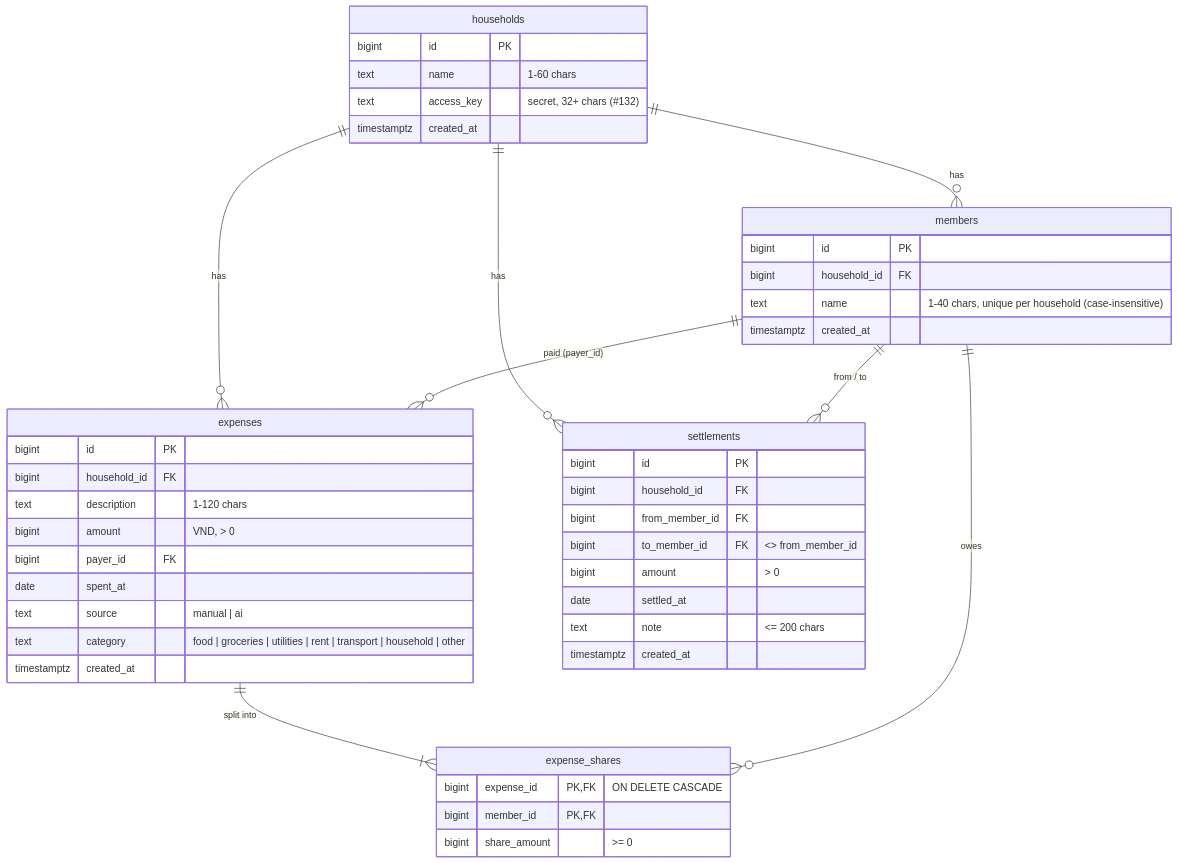
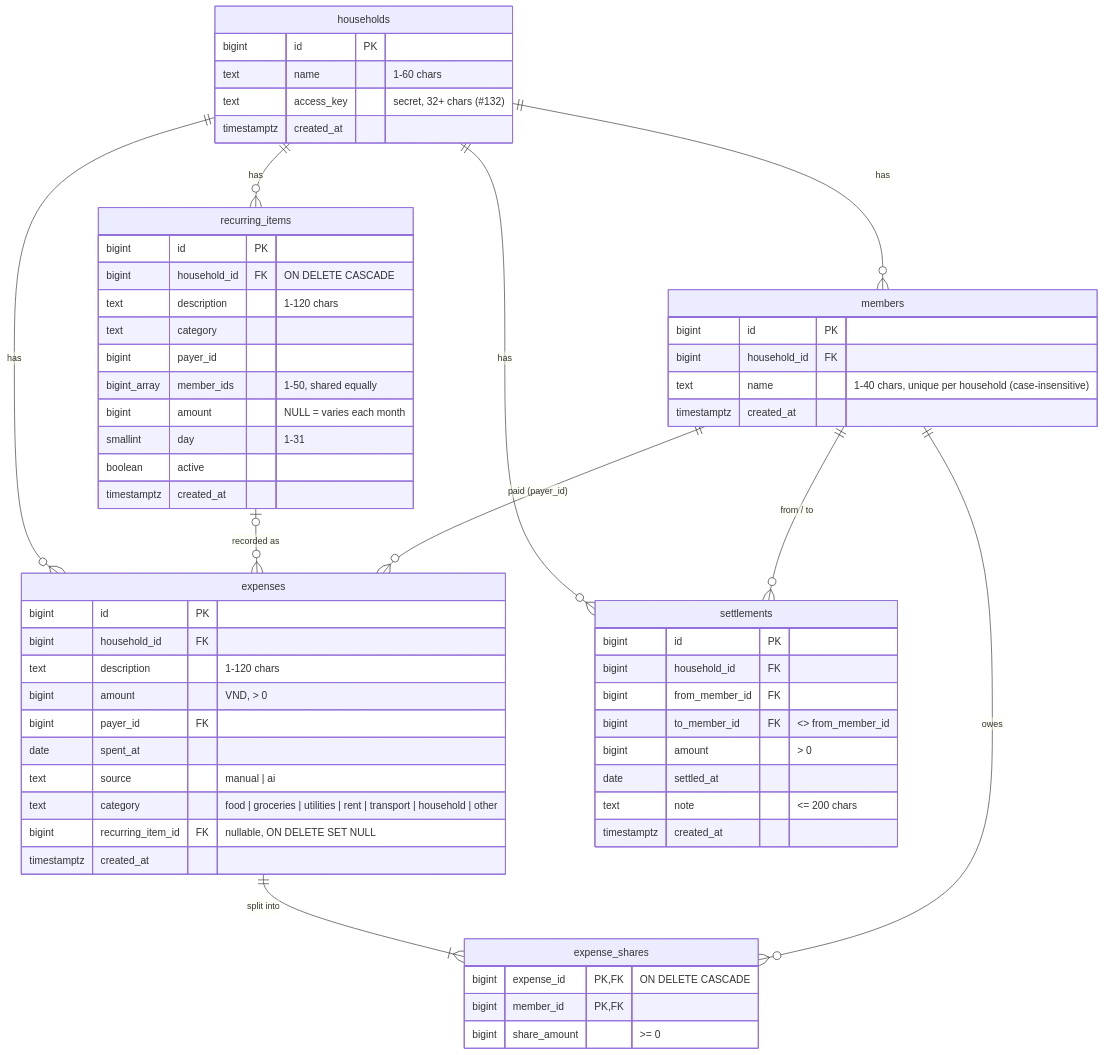
Before and after one commit to NeitLN/Fair-Share: the third of 5 diagrams in docs/ARCHITECTURE.md, drawn with Mermaid. The commit also changed other lines of this file and 10 other files, not shown here.

First line of the commit message:
feat(api): recurring expenses, at most one expense per item and month

````diff
--- a/docs/ARCHITECTURE.md
+++ b/docs/ARCHITECTURE.md
@@ -125,49 +125,64 @@
 ```mermaid
 erDiagram
     households ||--o{ members : has
     households ||--o{ expenses : has
     households ||--o{ settlements : has
+    households ||--o{ recurring_items : has
+    recurring_items |o--o{ expenses : "recorded as"
     members ||--o{ expenses : "paid (payer_id)"
     expenses ||--|{ expense_shares : "split into"
     members ||--o{ expense_shares : owes
     members ||--o{ settlements : "from / to"
 
     households {
         bigint id PK
         text name "1-60 chars"
         text access_key "secret, 32+ chars (#132)"
         timestamptz created_at
     }
     members {
         bigint id PK
         bigint household_id FK
         text name "1-40 chars, unique per household (case-insensitive)"
         timestamptz created_at
     }
     expenses {
         bigint id PK
         bigint household_id FK
         text description "1-120 chars"
         bigint amount "VND, > 0"
         bigint payer_id FK
         date spent_at
         text source "manual | ai"
         text category "food | groceries | utilities | rent | transport | household | other"
+        bigint recurring_item_id FK "nullable, ON DELETE SET NULL"
+        timestamptz created_at
+    }
+    recurring_items {
+        bigint id PK
+        bigint household_id FK "ON DELETE CASCADE"
+        text description "1-120 chars"
+        text category
+        bigint payer_id
+        bigint_array member_ids "1-50, shared equally"
+        bigint amount "NULL = varies each month"
+        smallint day "1-31"
+        boolean active
         timestamptz created_at
     }
     expense_shares {
         bigint expense_id PK,FK "ON DELETE CASCADE"
         bigint member_id PK,FK
         bigint share_amount ">= 0"
     }
     settlements {
         bigint id PK
         bigint household_id FK
         bigint from_member_id FK
         bigint to_member_id FK "<> from_member_id"
         bigint amount "> 0"
         date settled_at
         text note "<= 200 chars"
         timestamptz created_at
     }
 ```
````
